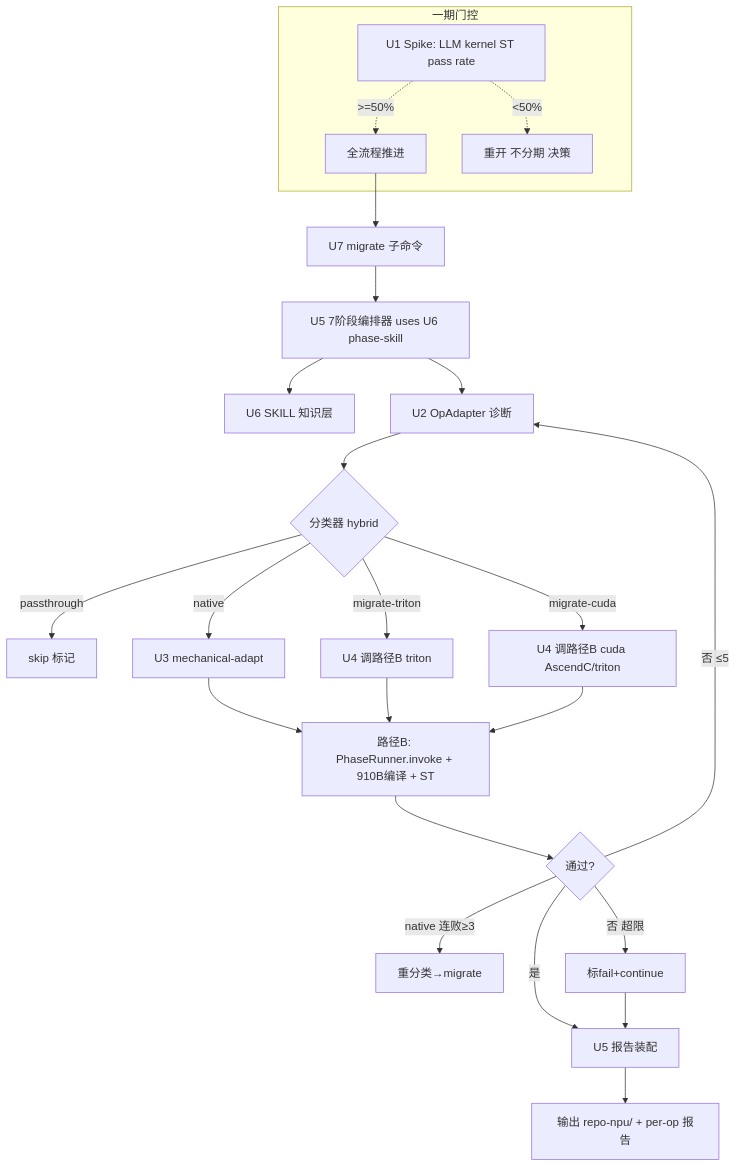
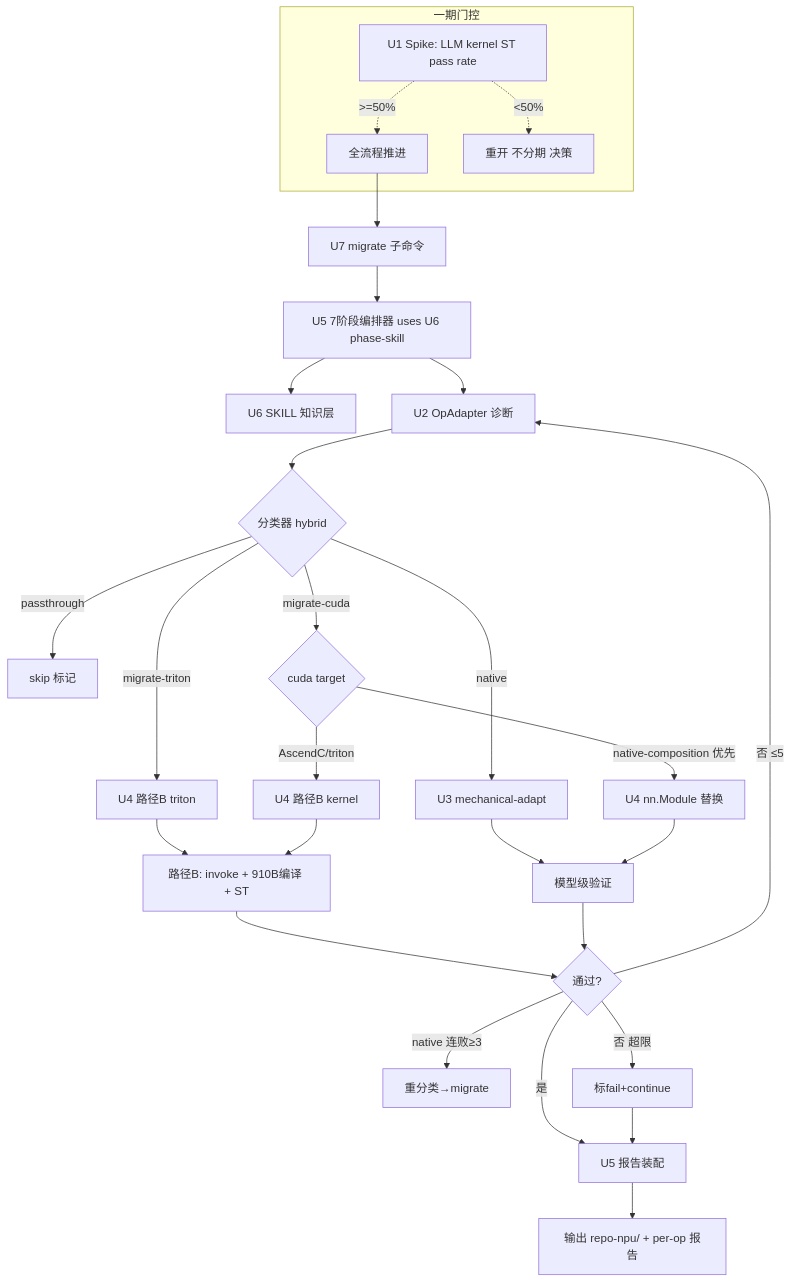
The diagram in docs/plans/2026-07-07-001-feat-path-a-model-migration-plan.md (SimmerChan/ascend_op_agent), drawn with Mermaid before and after one commit. The commit also changed other lines of this file and 1 other file, not shown here.

First line of the commit message:
docs(path-a): migrate-cuda 加 native-composition target(优先原生 API 等价实现)

````diff
--- a/docs/plans/2026-07-07-001-feat-path-a-model-migration-plan.md
+++ b/docs/plans/2026-07-07-001-feat-path-a-model-migration-plan.md
@@ -74,24 +75,28 @@
 ```mermaid
 flowchart TB
   subgraph Gate["一期门控"]
     U1[U1 Spike: LLM kernel ST pass rate] -. >=50% .-> GO[全流程推进]
     U1 -. <50% .-> REOPEN[重开 不分期 决策]
   end
   GO --> CLI[U7 migrate 子命令]
   CLI --> ORCH[U5 7阶段编排器 uses U6 phase-skill]
   ORCH --> SKL[U6 SKILL 知识层]
   ORCH --> AN[U2 OpAdapter 诊断]
   AN --> CL{分类器 hybrid}
   CL -->|passthrough| PT[skip 标记]
   CL -->|native| N1[U3 mechanical-adapt]
-  CL -->|migrate-triton| M1[U4 调路径B triton]
-  CL -->|migrate-cuda| M2[U4 调路径B cuda AscendC/triton]
-  N1 & M1 & M2 --> VAL[路径B: PhaseRunner.invoke + 910B编译 + ST]
+  CL -->|migrate-triton| M1[U4 路径B triton]
+  CL -->|migrate-cuda| CT{cuda target}
+  CT -->|native-composition 优先| NC[U4 nn.Module 替换]
+  CT -->|AscendC/triton| M2[U4 路径B kernel]
+  M1 & M2 --> VAL[路径B: invoke + 910B编译 + ST]
+  N1 & NC --> MVAL[模型级验证]
   VAL --> ITER{通过?}
+  MVAL --> ITER
   ITER -->|否 ≤5| AN
   ITER -->|native 连败≥3| RECLASIFY[重分类→migrate]
   ITER -->|否 超限| FAIL[标fail+continue]
   ITER -->|是| RPT[U5 报告装配]
   FAIL --> RPT
   RPT --> OUT[输出 repo-npu/ + per-op 报告]
 ```
````
